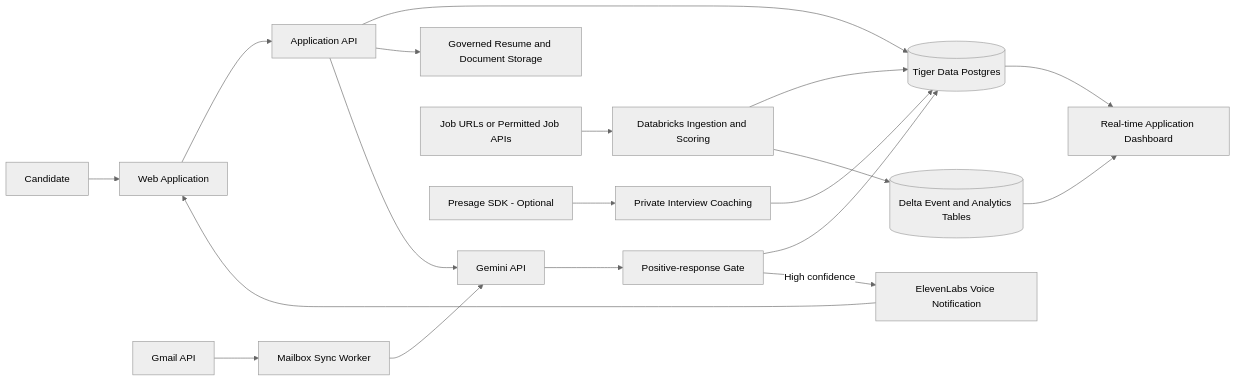
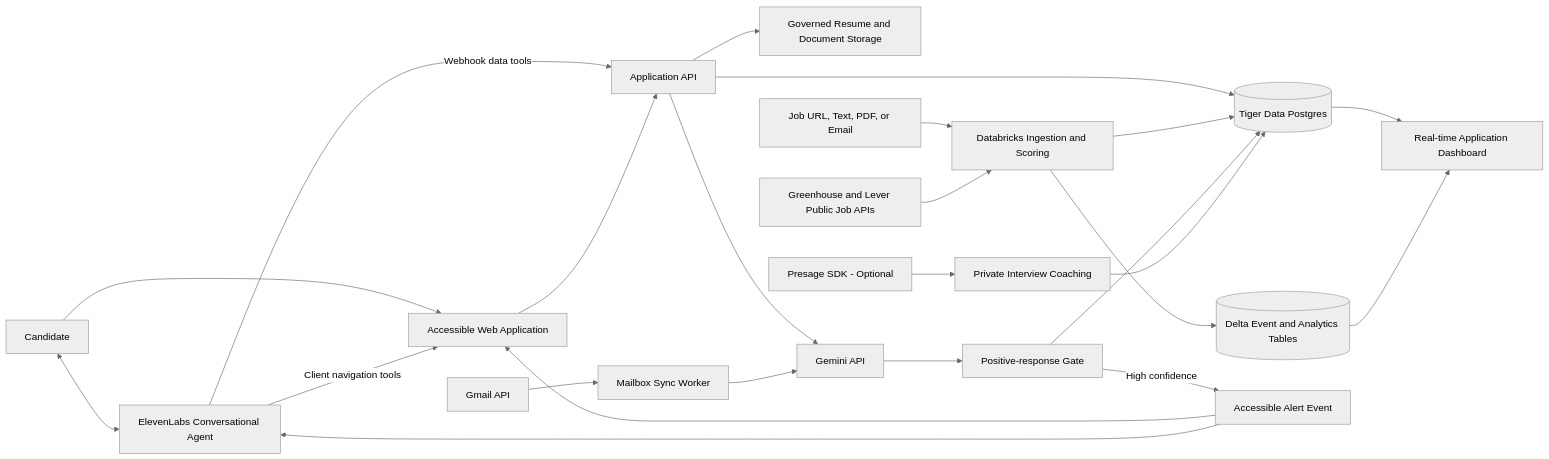
The diagram in docs/SYSTEM_DESIGN.md (vijayvanapalli96/vthacks_2026), drawn with Mermaid (neutral theme) before and after one commit. The commit also changed other lines of this file, not shown here.

Commit message:
docs: refine system architecture

````diff
--- a/docs/SYSTEM_DESIGN.md
+++ b/docs/SYSTEM_DESIGN.md
@@ -68,26 +59,31 @@
 ```mermaid
 flowchart LR
-    USER[Candidate] --> UI[Web Application]
+    USER[Candidate] <--> VOICE[ElevenLabs Conversational Agent]
+    USER --> UI[Accessible Web Application]
+    VOICE -->|Client navigation tools| UI
+    VOICE -->|Webhook data tools| API
     UI --> API[Application API]
 
     API --> TIGER[(Tiger Data Postgres)]
     API --> FILES[Governed Resume and Document Storage]
     API --> GEMINI[Gemini API]
 
-    JOBSRC[Job URLs or Permitted Job APIs] --> INGEST[Databricks Ingestion and Scoring]
+    MANUAL[Job URL, Text, PDF, or Email] --> INGEST[Databricks Ingestion and Scoring]
+    ATS[Greenhouse and Lever Public Job APIs] --> INGEST
     INGEST --> TIGER
     INGEST --> LAKE[(Delta Event and Analytics Tables)]
 
     GMAIL[Gmail API] --> MAILWORKER[Mailbox Sync Worker]
     MAILWORKER --> GEMINI
     GEMINI --> DECISION[Positive-response Gate]
     DECISION --> TIGER
-    DECISION -->|High confidence| VOICE[ElevenLabs Voice Notification]
-    VOICE --> UI
+    DECISION -->|High confidence| ALERT[Accessible Alert Event]
+    ALERT --> UI
+    ALERT --> VOICE
 
     TIGER --> DASH[Real-time Application Dashboard]
     LAKE --> DASH
 
     PRESAGE[Presage SDK - Optional] --> COACH[Private Interview Coaching]
     COACH --> TIGER
 ```
````
